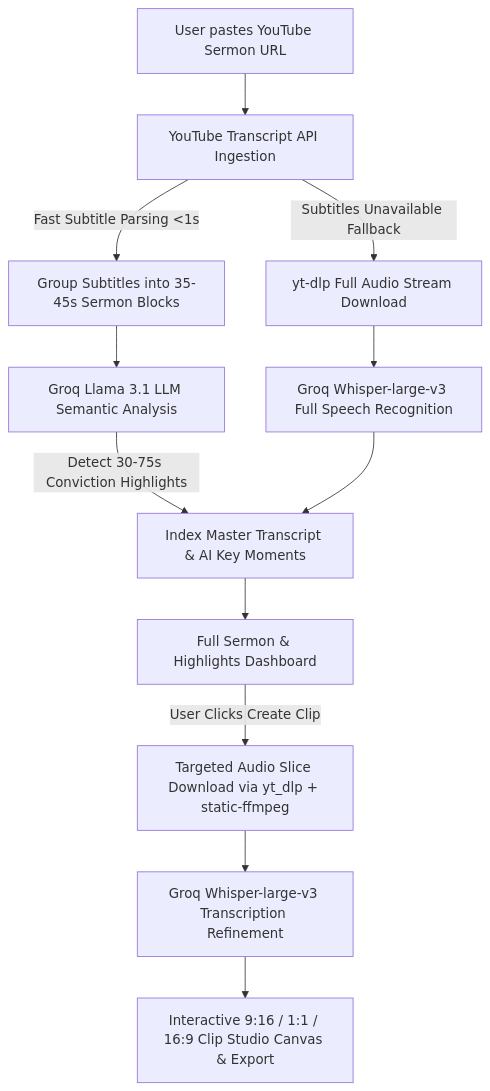
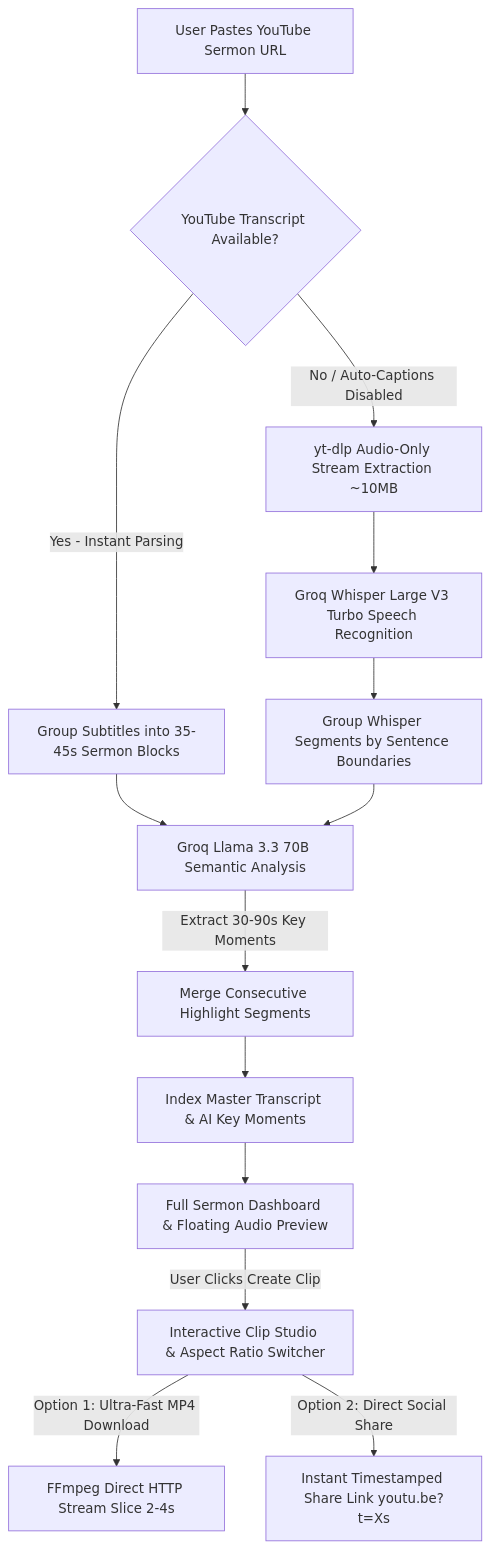
One commit to Diawhiz/dabar changed the diagram in README.md. Above: the diagram before and after it, drawn with Mermaid. The commit also changed other lines of this file, not shown here.

Commit message:
docs: update README and Mermaid workflow chart with Llama 3.3 70B, Whisper Turbo, and FFmpeg stream slicing

````diff
--- a/README.md
+++ b/README.md
@@ -11,15 +11,21 @@
 ```mermaid
 flowchart TD
-    A[User pastes YouTube Sermon URL] --> B[YouTube Transcript API Ingestion]
-    B -->|Fast Subtitle Parsing <1s| C[Group Subtitles into 35-45s Sermon Blocks]
-    C --> D[Groq Llama 3.1 LLM Semantic Analysis]
-    D -->|Detect 30-75s Conviction Highlights| E[Index Master Transcript & AI Key Moments]
-    E --> F[Full Sermon & Highlights Dashboard]
-    F -->|User Clicks Create Clip| G[Targeted Audio Slice Download via yt_dlp + static-ffmpeg]
-    G --> H[Groq Whisper-large-v3 Transcription Refinement]
-    H --> I[Interactive 9:16 / 1:1 / 16:9 Clip Studio Canvas & Export]
-
-    B -->|Subtitles Unavailable Fallback| J[yt-dlp Full Audio Stream Download]
-    J --> K[Groq Whisper-large-v3 Full Speech Recognition]
-    K --> E
+    A[User Pastes YouTube Sermon URL] --> B{YouTube Transcript Available?}
+    
+    B -->|Yes - Instant Parsing| C[Group Subtitles into 35-45s Sermon Blocks]
+    B -->|No / Auto-Captions Disabled| D[yt-dlp Audio-Only Stream Extraction ~10MB]
+    
+    D --> E[Groq Whisper Large V3 Turbo Speech Recognition]
+    E --> F[Group Whisper Segments by Sentence Boundaries]
+    
+    C --> G[Groq Llama 3.3 70B Semantic Analysis]
+    F --> G
+    
+    G -->|Extract 30-90s Key Moments| H[Merge Consecutive Highlight Segments]
+    H --> I[Index Master Transcript & AI Key Moments]
+    I --> J[Full Sermon Dashboard & Floating Audio Preview]
+    
+    J -->|User Clicks Create Clip| K[Interactive Clip Studio & Aspect Ratio Switcher]
+    K -->|Option 1: Ultra-Fast MP4 Download| L[FFmpeg Direct HTTP Stream Slice 2-4s]
+    K -->|Option 2: Direct Social Share| M[Instant Timestamped Share Link youtu.be?t=Xs]
 ```
````
